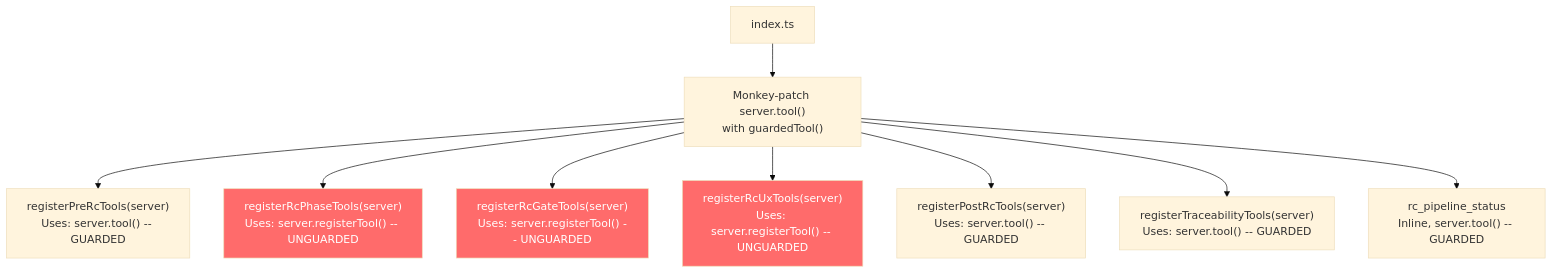
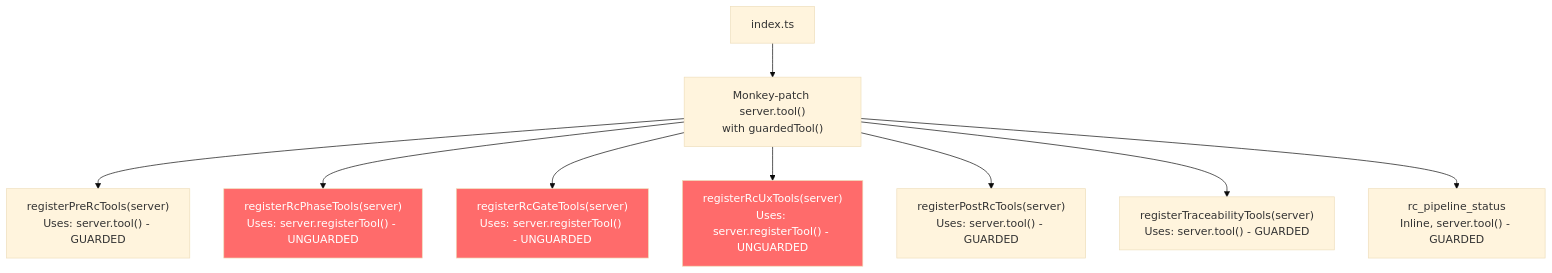
The third of 19 diagrams in docs/ARCHITECTURE.md (originalrashmi/rc-engine-product-framework), drawn with Mermaid (base theme) before and after one commit. The commit also changed other lines of this file and 19 other files, not shown here.

````diff
--- a/docs/ARCHITECTURE.md
+++ b/docs/ARCHITECTURE.md
@@ -137,16 +137,16 @@
 ```mermaid
 graph TD
     INDEX["index.ts"] --> PATCH["Monkey-patch server.tool()<br/>with guardedTool()"]
 
-    PATCH --> REG_PRC["registerPreRcTools(server)<br/>Uses: server.tool() -- GUARDED"]
-    PATCH --> REG_RC_P["registerRcPhaseTools(server)<br/>Uses: server.registerTool() -- UNGUARDED"]
-    PATCH --> REG_RC_G["registerRcGateTools(server)<br/>Uses: server.registerTool() -- UNGUARDED"]
-    PATCH --> REG_RC_U["registerRcUxTools(server)<br/>Uses: server.registerTool() -- UNGUARDED"]
-    PATCH --> REG_POST["registerPostRcTools(server)<br/>Uses: server.tool() -- GUARDED"]
-    PATCH --> REG_TRACE["registerTraceabilityTools(server)<br/>Uses: server.tool() -- GUARDED"]
-    PATCH --> REG_PIPE["rc_pipeline_status<br/>Inline, server.tool() -- GUARDED"]
+    PATCH --> REG_PRC["registerPreRcTools(server)<br/>Uses: server.tool() - GUARDED"]
+    PATCH --> REG_RC_P["registerRcPhaseTools(server)<br/>Uses: server.registerTool() - UNGUARDED"]
+    PATCH --> REG_RC_G["registerRcGateTools(server)<br/>Uses: server.registerTool() - UNGUARDED"]
+    PATCH --> REG_RC_U["registerRcUxTools(server)<br/>Uses: server.registerTool() - UNGUARDED"]
+    PATCH --> REG_POST["registerPostRcTools(server)<br/>Uses: server.tool() - GUARDED"]
+    PATCH --> REG_TRACE["registerTraceabilityTools(server)<br/>Uses: server.tool() - GUARDED"]
+    PATCH --> REG_PIPE["rc_pipeline_status<br/>Inline, server.tool() - GUARDED"]
 
     style REG_RC_P fill:#ff6b6b,color:#fff
     style REG_RC_G fill:#ff6b6b,color:#fff
     style REG_RC_U fill:#ff6b6b,color:#fff
 ```
````
